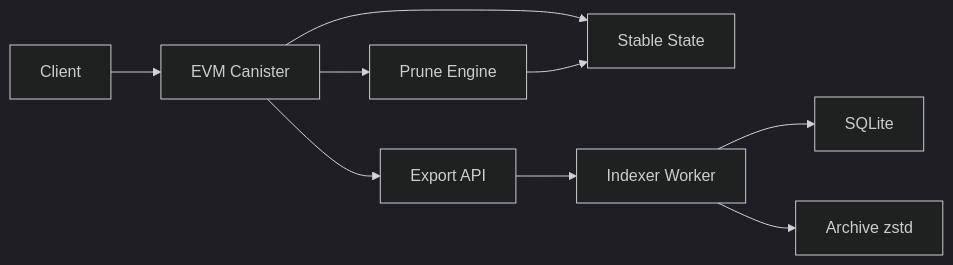
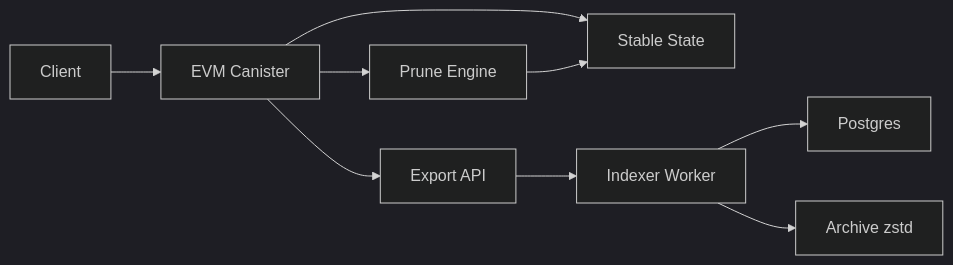
Before and after one commit to humandebri/Kasane: the first of 3 diagrams in whitepaper.md, drawn with Mermaid (dark theme). The commit also changed other lines of this file, not shown here.

````diff
--- a/whitepaper.md
+++ b/whitepaper.md
@@ -48,11 +48,11 @@
 ```mermaid
 flowchart LR
     U[Client] --> C[EVM Canister]
     C --> S[Stable State]
     C --> E[Export API]
     E --> I[Indexer Worker]
-    I --> Q[SQLite]
+    I --> Q[Postgres]
     I --> A[Archive zstd]
     C --> P[Prune Engine]
     P --> S
 ```
````
